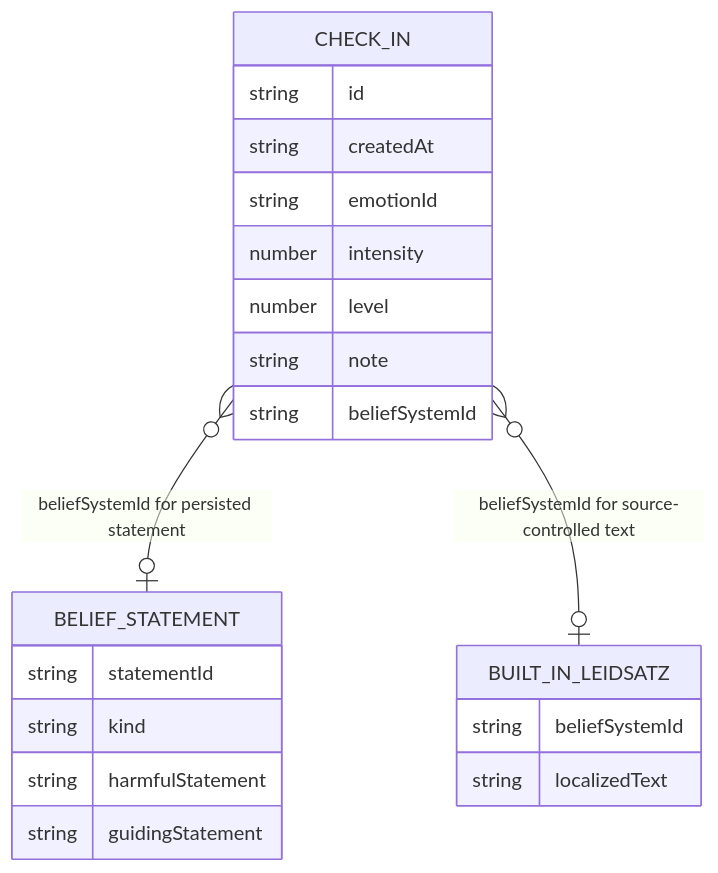
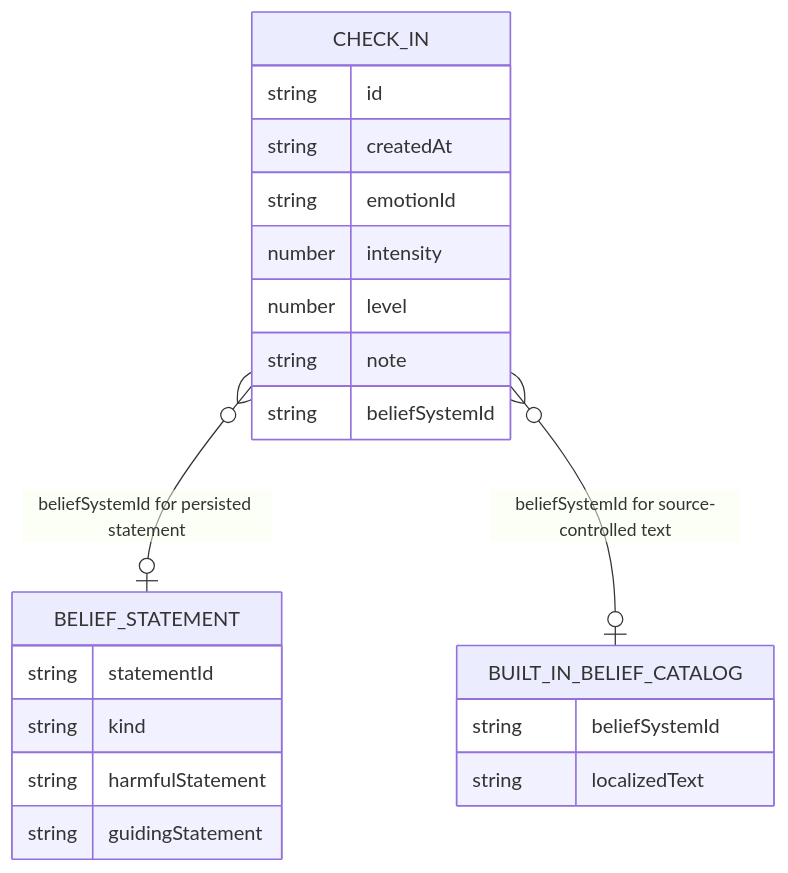
Before and after one commit to thorgas/Youmotion: the diagram in DB.md, drawn with Mermaid. The commit also changed other lines of this file and 19 other files, not shown here.

Commit message:
feat: add dedicated guiding belief flow

````diff
--- a/DB.md
+++ b/DB.md
@@ -117,24 +117,24 @@
 ```mermaid
 erDiagram
     CHECK_IN }o--o| BELIEF_STATEMENT : "beliefSystemId for persisted statement"
-    CHECK_IN }o--o| BUILT_IN_LEIDSATZ : "beliefSystemId for source-controlled text"
+    CHECK_IN }o--o| BUILT_IN_BELIEF_CATALOG : "beliefSystemId for source-controlled text"
     CHECK_IN {
         string id
         string createdAt
         string emotionId
         number intensity
         number level
         string note
         string beliefSystemId
     }
     BELIEF_STATEMENT {
         string statementId
         string kind
         string harmfulStatement
         string guidingStatement
     }
-    BUILT_IN_LEIDSATZ {
+    BUILT_IN_BELIEF_CATALOG {
         string beliefSystemId
         string localizedText
     }
 ```
````
